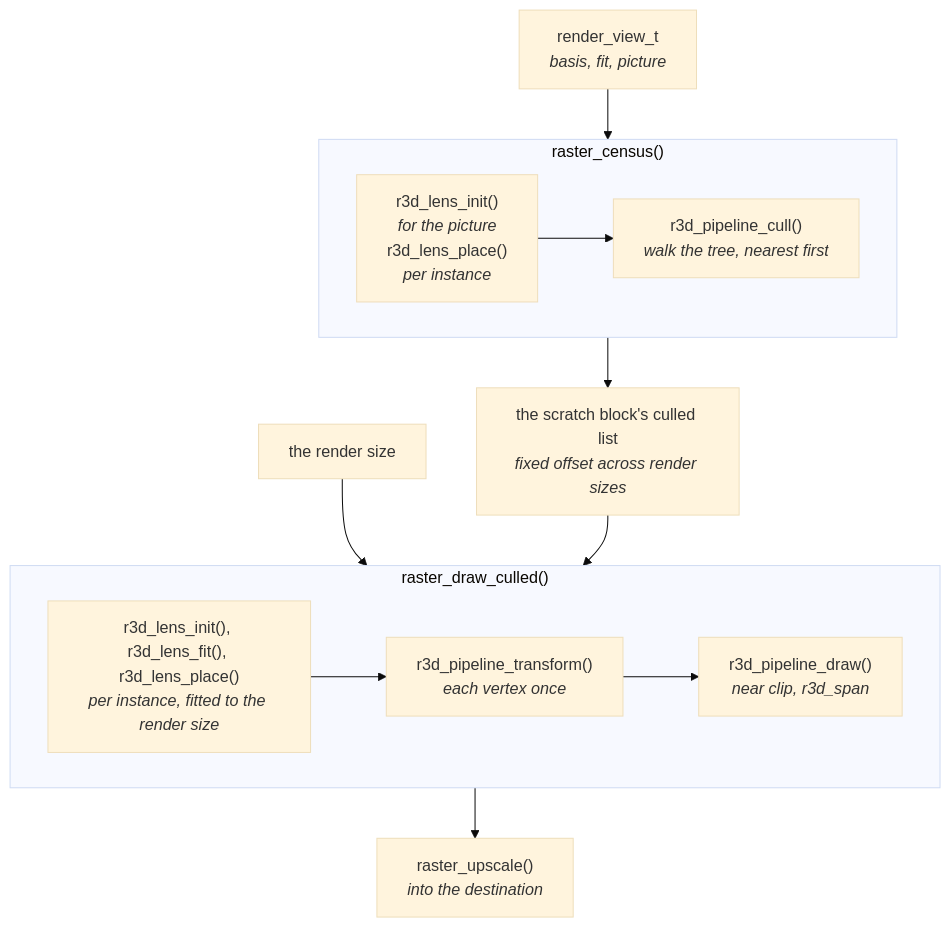
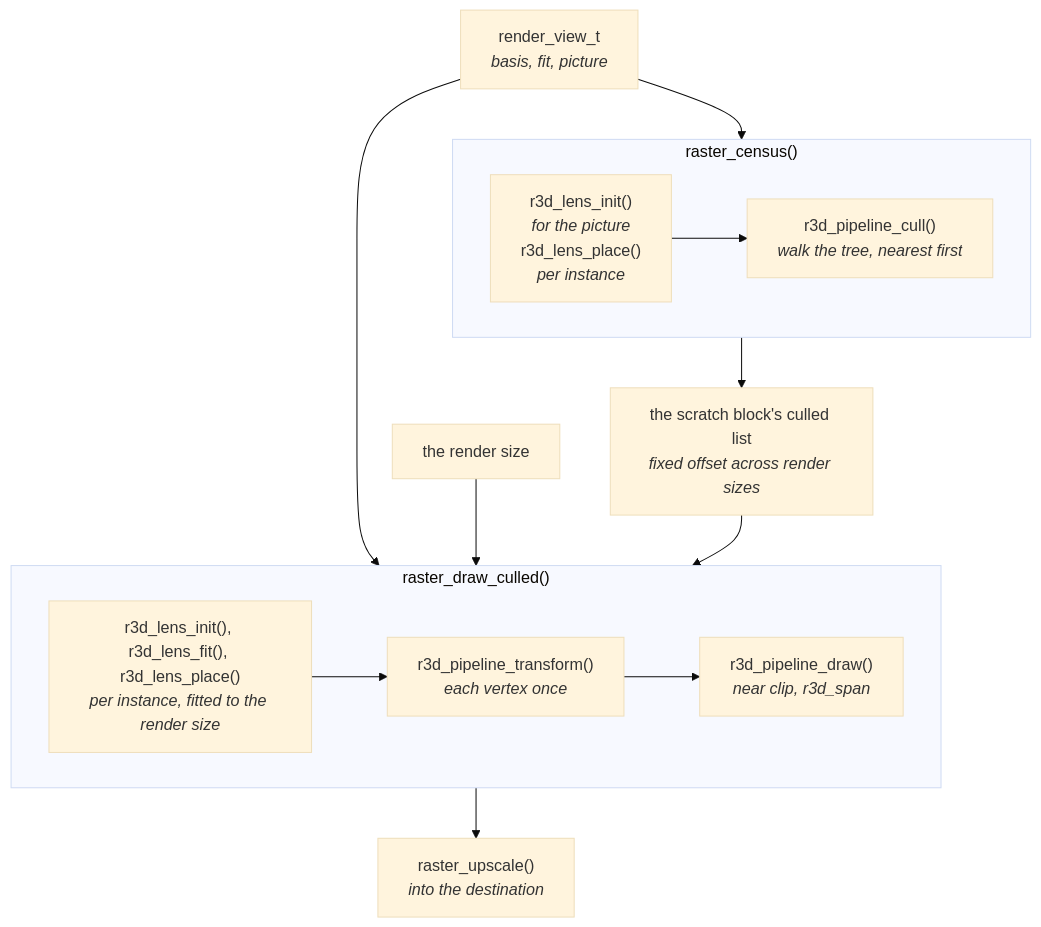
Before and after one commit to jose-villegas/autana: the first of 4 diagrams in docs/render/Mesh-Rendering.md, drawn with Mermaid (base theme). The commit also changed other lines of this file and 29 other files, not shown here.

````diff
--- a/docs/render/Mesh-Rendering.md
+++ b/docs/render/Mesh-Rendering.md
@@ -94,18 +94,19 @@
 ```mermaid
 flowchart TB
     View["render_view_t<br/><i>basis, fit, picture</i>"] --> Census
     subgraph Census["raster_census()"]
         direction LR
         Picture["r3d_lens_init()<br/><i>for the picture</i><br/>r3d_lens_place()<br/><i>per instance</i>"] --> Cull
         Cull["r3d_pipeline_cull()<br/><i>walk the tree, nearest first</i>"]
     end
     Census --> List["the scratch block's culled list<br/><i>fixed offset across render sizes</i>"]
+    View --> Draw
     Size["the render size"] --> Draw
     List --> Draw
     subgraph Draw["raster_draw_culled()"]
         direction LR
         Fit["r3d_lens_init(), r3d_lens_fit(), r3d_lens_place()<br/><i>per instance, fitted to the render size</i>"] --> Transform["r3d_pipeline_transform()<br/><i>each vertex once</i>"]
         Transform --> DrawStage["r3d_pipeline_draw()<br/><i>near clip, r3d_span</i>"]
     end
     Draw --> Upscale["raster_upscale()<br/><i>into the destination</i>"]
 ```
````
